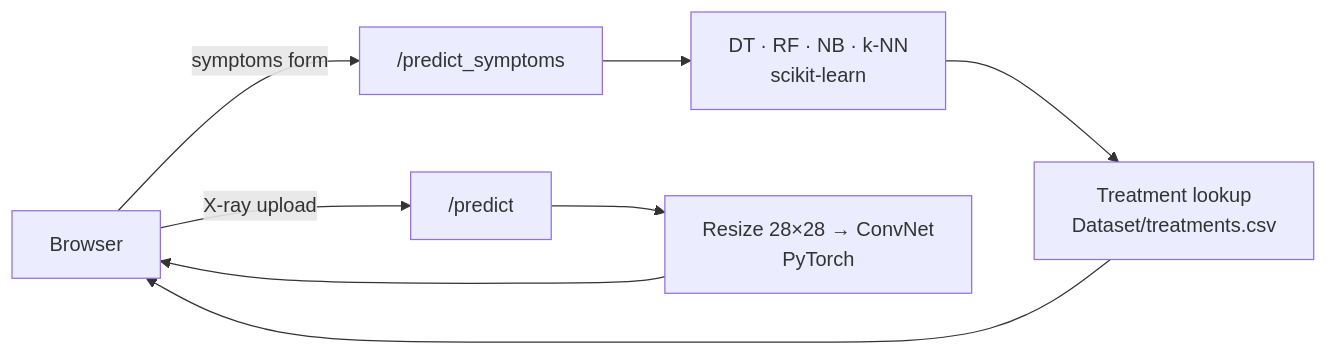
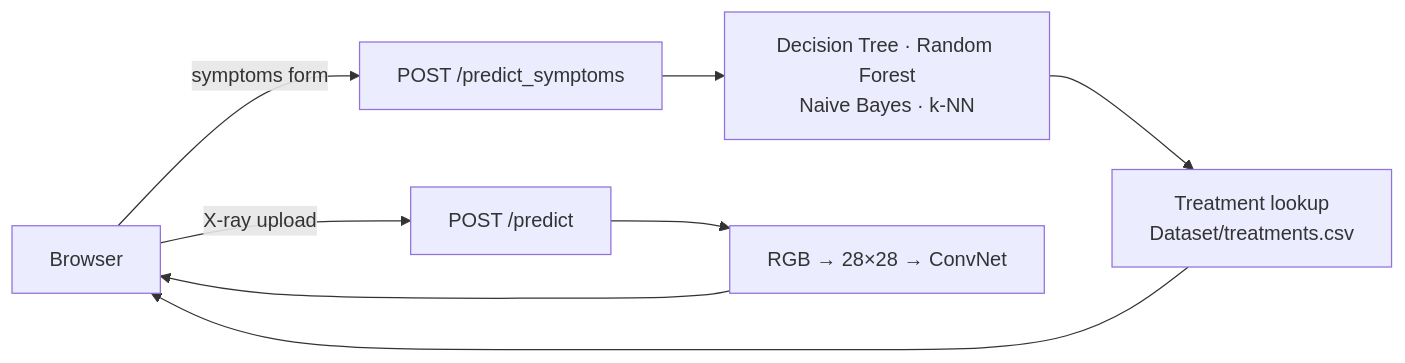
One commit to Akshayaamahesh/ML-based-disease-prediction-system changed the diagram in README.md. Above: the diagram before and after it, drawn with Mermaid. The commit also changed other lines of this file and 2 other files, not shown here.

````diff
--- a/README.md
+++ b/README.md
@@ -20,10 +77,10 @@
 ```mermaid
 flowchart LR
-    U[Browser] -->|symptoms form| S["/predict_symptoms"]
-    U -->|X-ray upload| X["/predict"]
-    S --> M[DT · RF · NB · k-NN<br/>scikit-learn]
+    U[Browser] -->|symptoms form| S["POST /predict_symptoms"]
+    U -->|X-ray upload| X["POST /predict"]
+    S --> M[Decision Tree · Random Forest<br/>Naive Bayes · k-NN]
     M --> T[Treatment lookup<br/>Dataset/treatments.csv]
-    X --> P[Resize 28×28 → ConvNet<br/>PyTorch]
+    X --> P[RGB → 28×28 → ConvNet]
     T --> U
     P --> U
 ```
````
